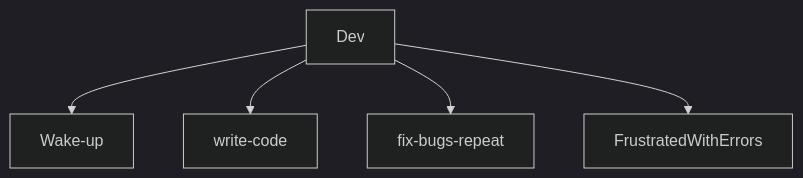
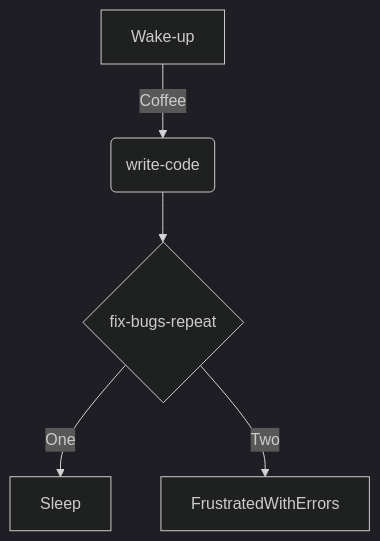
The diagram in README.md (luizfrz/luizfrz), drawn with Mermaid (dark theme) before and after one commit.

````diff
--- a/README.md
+++ b/README.md
@@ -54,7 +54,8 @@
 ```mermaid
 graph TD;
-    Dev-->Wake-up;
-    Dev-->write-code;
-    Dev-->fix-bugs-repeat;
-    Dev-->FrustratedWithErrors;
+    A[Wake-up] -->|Coffee| B(write-code)
+    B --> C{fix-bugs-repeat}
+    C -->|One| D["Sleep"]
+    C -->|Two| E[FrustratedWithErrors]
+
 ``` 
````
